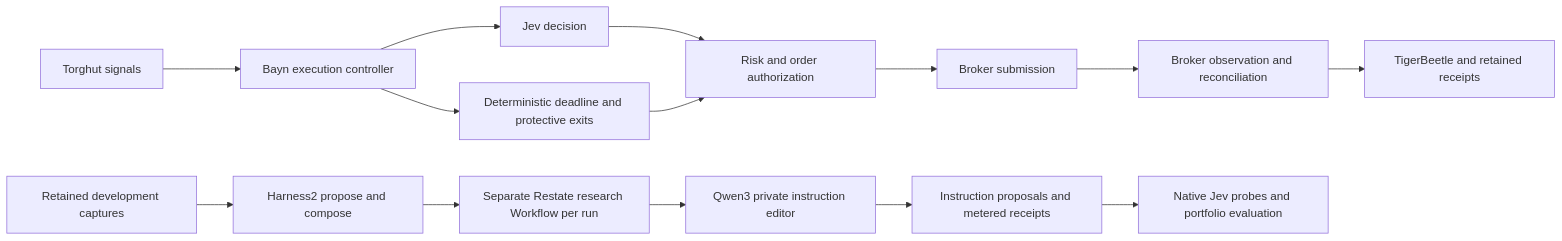
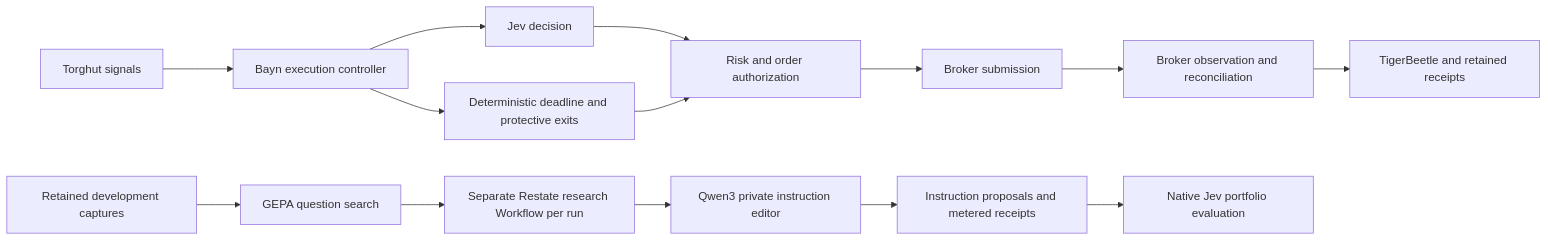
Before and after one commit to gregkonush/lab: the diagram in services/bayn-model/README.md, drawn with Mermaid. The commit also changed other lines of this file and 131 other files, not shown here.

````diff
--- a/services/bayn-model/README.md
+++ b/services/bayn-model/README.md
@@ -74,16 +68,16 @@
 ```mermaid
 flowchart LR
   TA[Torghut signals] --> C[Bayn execution controller]
   C --> J[Jev decision]
   J --> R[Risk and order authorization]
   R --> B[Broker submission]
   B --> O[Broker observation and reconciliation]
   O --> L[TigerBeetle and retained receipts]
   C --> X[Deterministic deadline and protective exits]
   X --> R
-  S[Retained development captures] --> H[Harness2 propose and compose]
+  S[Retained development captures] --> H[GEPA question search]
   H --> W[Separate Restate research Workflow per run]
   W --> M[Qwen3 private instruction editor]
   M --> E[Instruction proposals and metered receipts]
-  E --> J2[Native Jev probes and portfolio evaluation]
+  E --> J2[Native Jev portfolio evaluation]
 ```
````
